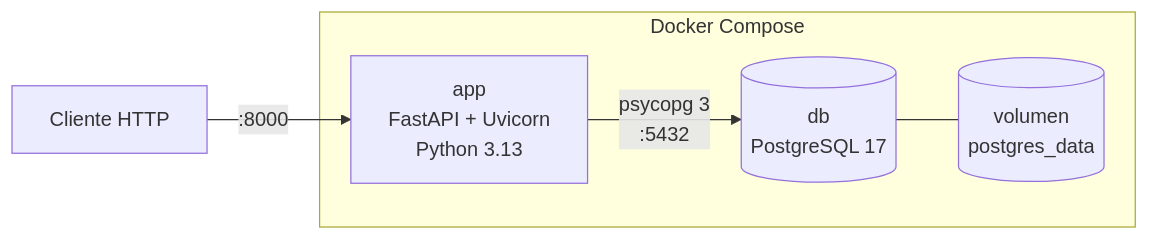
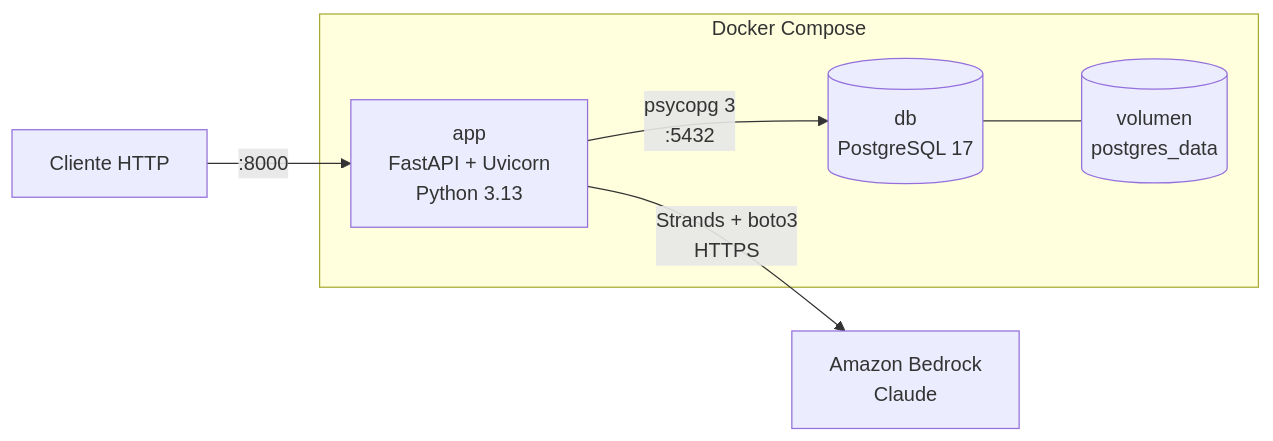
Before and after one commit to javier2233/agent-article-generator: the diagram in docs/architecture.md, drawn with Mermaid. The commit also changed other lines of this file and 12 other files, not shown here.

First line of the commit message:
Integra Strands Agents con Amazon Bedrock y añade POST /articles/generate

````diff
--- a/docs/architecture.md
+++ b/docs/architecture.md
@@ -7,8 +7,9 @@
 ```mermaid
 flowchart LR
     client[Cliente HTTP] -->|:8000| app
     subgraph Docker Compose
         app["app<br/>FastAPI + Uvicorn<br/>Python 3.13"] -->|psycopg 3<br/>:5432| db[("db<br/>PostgreSQL 17")]
         db --- vol[(volumen<br/>postgres_data)]
     end
+    app -->|Strands + boto3<br/>HTTPS| bedrock["Amazon Bedrock<br/>Claude"]
 ```
````
